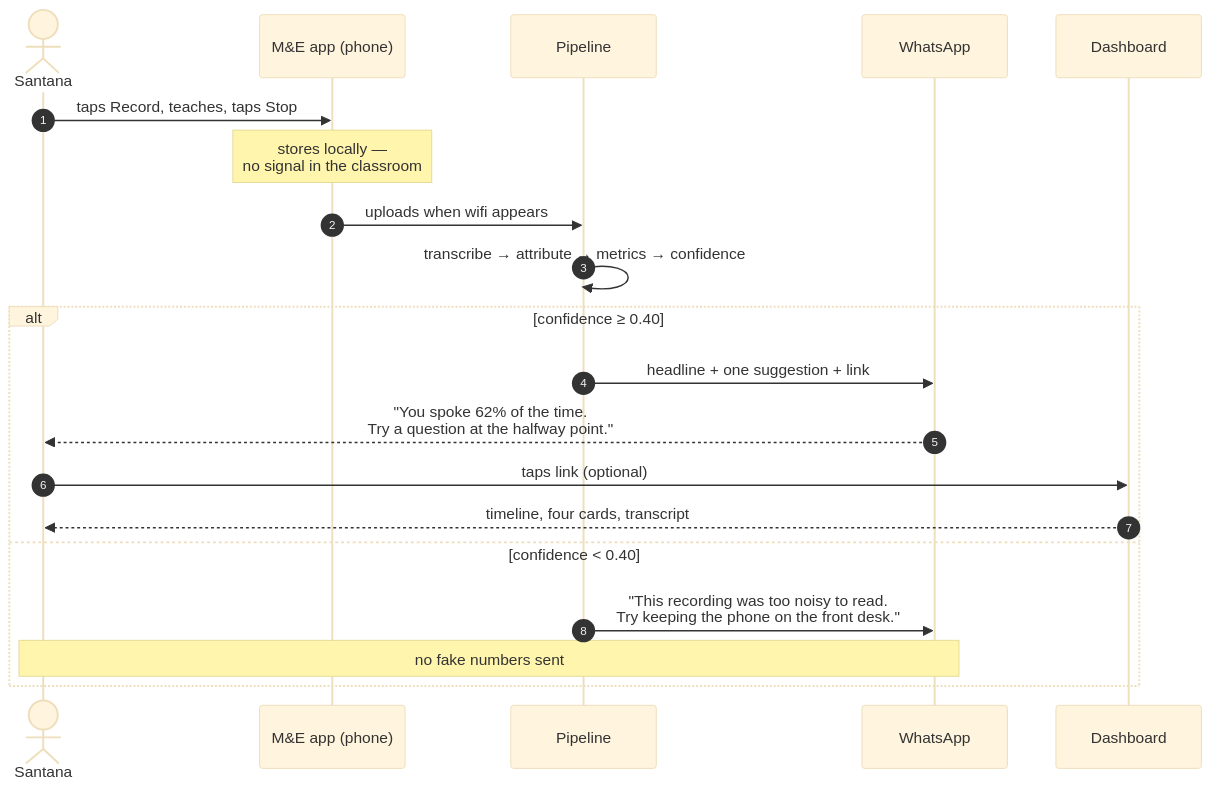
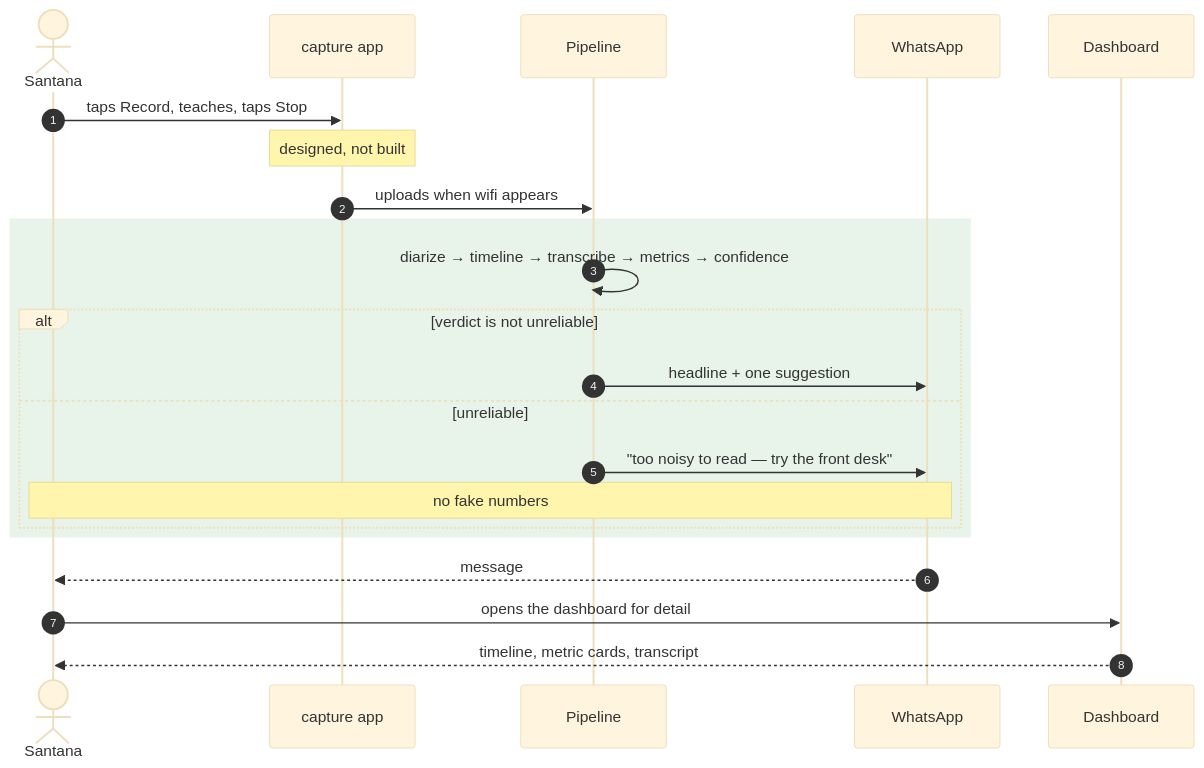
One commit to Hisham1404/Classroom-analyser changed the fourth of 5 diagrams in docs/architecture.md. Above: the diagram before and after it, drawn with Mermaid (base theme). The commit also changed other lines of this file and 18 other files, not shown here.

````diff
--- a/docs/architecture.md
+++ b/docs/architecture.md
@@ -299,23 +373,25 @@
 ```mermaid
 sequenceDiagram
     autonumber
     actor T as Santana
-    participant App as M&E app (phone)
+    participant App as capture app
     participant P as Pipeline
     participant W as WhatsApp
     participant D as Dashboard
 
     T->>App: taps Record, teaches, taps Stop
-    Note over App: stores locally —<br/>no signal in the classroom
+    Note over App: designed, not built
     App->>P: uploads when wifi appears
-    P->>P: transcribe → attribute → metrics → confidence
-    alt confidence ≥ 0.40
-        P->>W: headline + one suggestion + link
-        W-->>T: "You spoke 62% of the time.<br/>Try a question at the halfway point."
-        T->>D: taps link (optional)
-        D-->>T: timeline, four cards, transcript
-    else confidence < 0.40
-        P->>W: "This recording was too noisy to read.<br/>Try keeping the phone on the front desk."
-        Note over W,T: no fake numbers sent
+    rect rgb(232, 244, 234)
+        P->>P: diarize → timeline → transcribe → metrics → confidence
+        alt verdict is not unreliable
+            P->>W: headline + one suggestion
+        else unreliable
+            P->>W: "too noisy to read — try the front desk"
+            Note over W,T: no fake numbers
+        end
     end
+    W-->>T: message
+    T->>D: opens the dashboard for detail
+    D-->>T: timeline, metric cards, transcript
 ```
````
